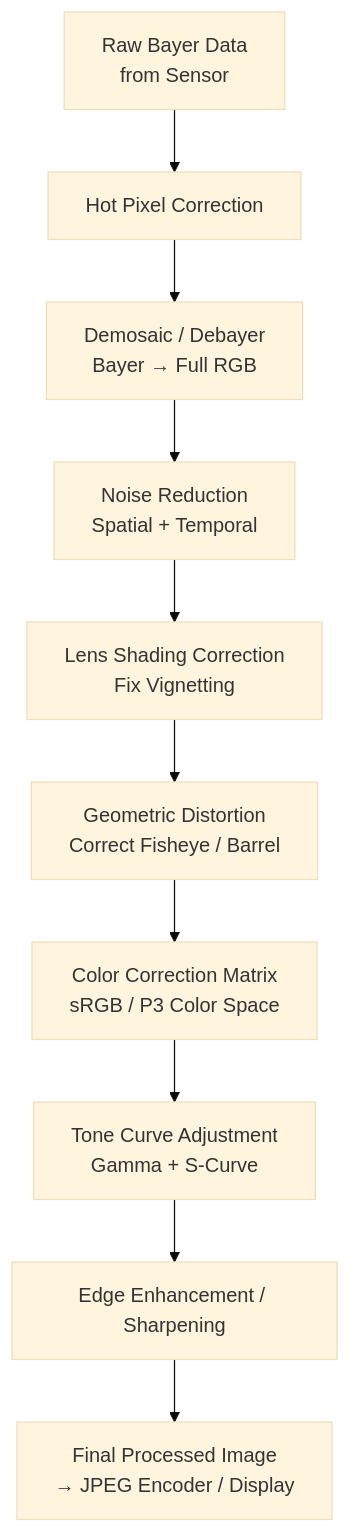
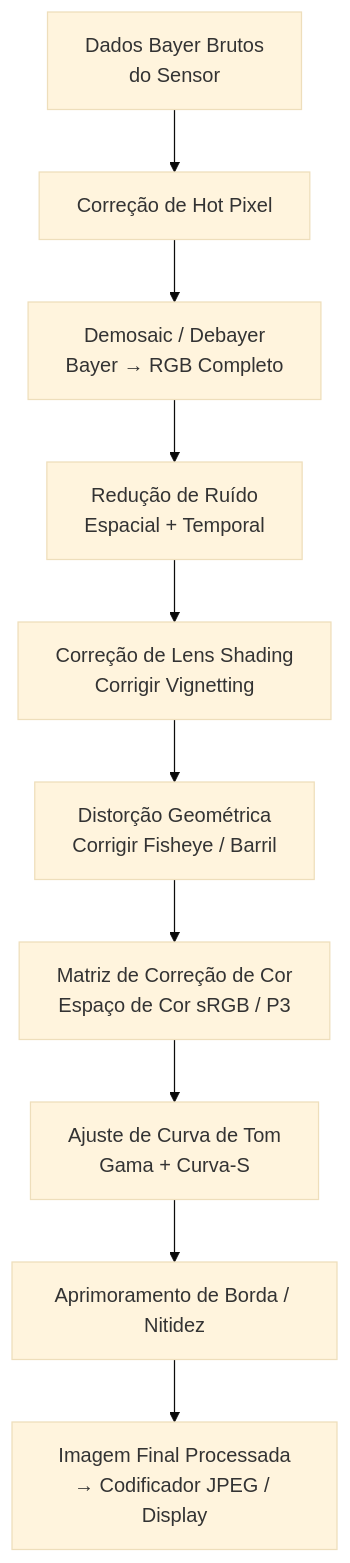
The third of 5 diagrams in website/i18n/pt-BR/docusaurus-plugin-content-docs/current/camera2/understanding-smartphone-cameras.md (zoozooll/AndroidCameraParameters), drawn with Mermaid (base theme) before and after one commit. The commit also changed other lines of this file and 378 other files, not shown here.

````diff
--- a/website/i18n/pt-BR/docusaurus-plugin-content-docs/current/camera2/understanding-smartphone-cameras.md
+++ b/website/i18n/pt-BR/docusaurus-plugin-content-docs/current/camera2/understanding-smartphone-cameras.md
@@ -141,12 +141,12 @@
 ```mermaid
 flowchart TD
-    A[Raw Bayer Data\nfrom Sensor] --> B[Hot Pixel Correction]
-    B --> C[Demosaic / Debayer\nBayer → Full RGB]
-    C --> D[Noise Reduction\nSpatial + Temporal]
-    D --> E[Lens Shading Correction\nFix Vignetting]
-    E --> F[Geometric Distortion\nCorrect Fisheye / Barrel]
-    F --> G[Color Correction Matrix\nsRGB / P3 Color Space]
-    G --> H[Tone Curve Adjustment\nGamma + S-Curve]
-    H --> I[Edge Enhancement / Sharpening]
-    I --> J[Final Processed Image\n→ JPEG Encoder / Display]
+    A["Dados Bayer Brutos<br/>do Sensor"] --> B["Correção de Hot Pixel"]
+    B --> C[Demosaic / Debayer<br/>Bayer → RGB Completo]
+    C --> D[Redução de Ruído<br/>Espacial + Temporal]
+    D --> E[Correção de Lens Shading<br/>Corrigir Vignetting]
+    E --> F[Distorção Geométrica<br/>Corrigir Fisheye / Barril]
+    F --> G[Matriz de Correção de Cor<br/>Espaço de Cor sRGB / P3]
+    G --> H[Ajuste de Curva de Tom<br/>Gama + Curva-S]
+    H --> I[Aprimoramento de Borda / Nitidez]
+    I --> J[Imagem Final Processada<br/>→ Codificador JPEG / Display]
 ```
````
